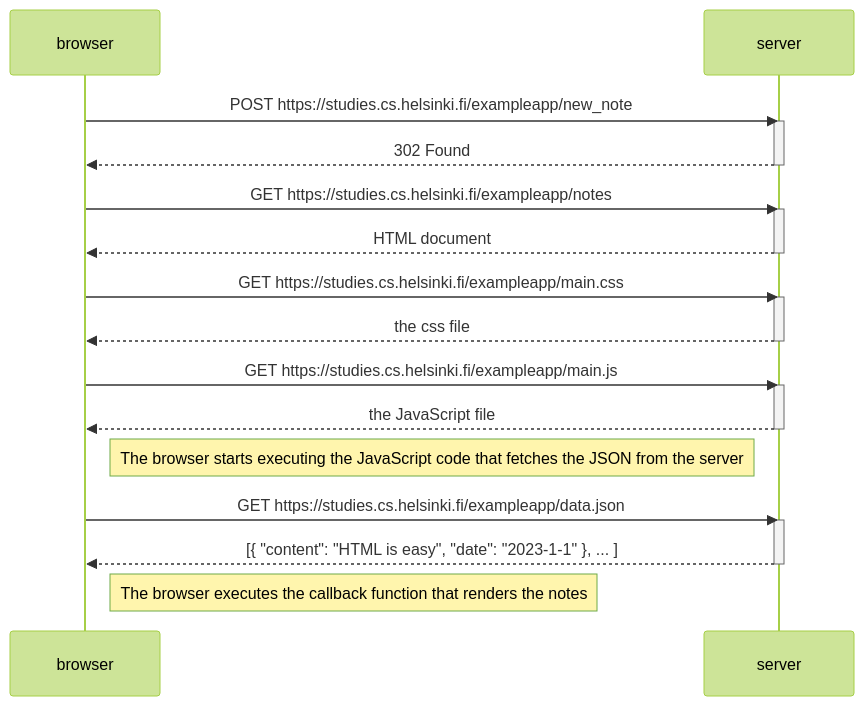
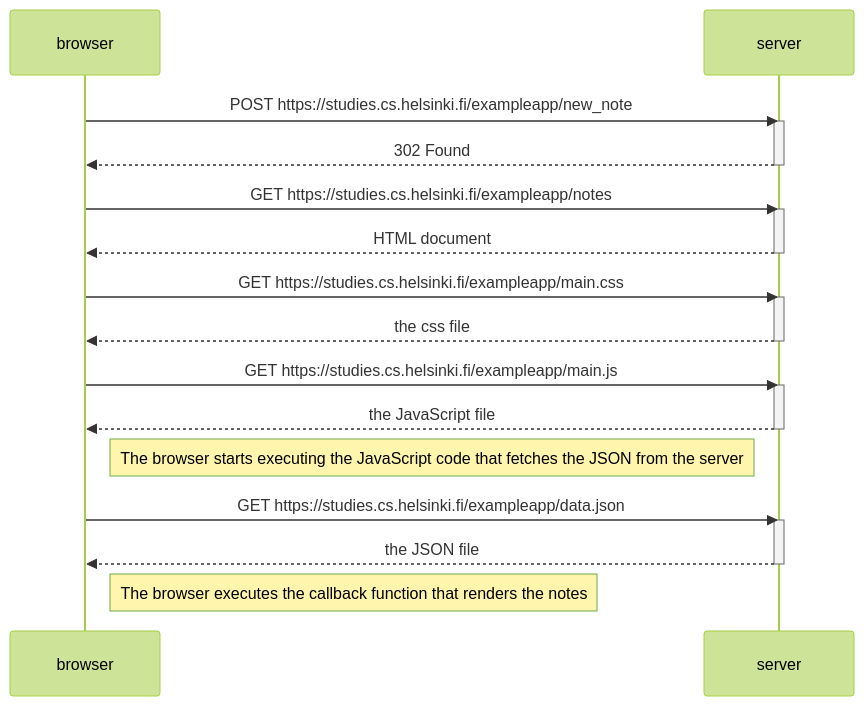
One commit to patricia-van/full-stack-open changed the diagram in part0/0.4_new_note_diagram.md. Above: the diagram before and after it, drawn with Mermaid (forest theme).

Commit message:
update GET /data.json server response

````diff
--- a/part0/0.4_new_note_diagram.md
+++ b/part0/0.4_new_note_diagram.md
@@ -1,34 +1,34 @@
 ```mermaid
 sequenceDiagram
     participant browser
     participant server
 
     browser->>server: POST https://studies.cs.helsinki.fi/exampleapp/new_note
     activate server
     server-->>browser: 302 Found
     deactivate server
 
     browser->>server: GET https://studies.cs.helsinki.fi/exampleapp/notes
     activate server
     server-->>browser: HTML document
     deactivate server
 
     browser->>server: GET https://studies.cs.helsinki.fi/exampleapp/main.css
     activate server
     server-->>browser: the css file
     deactivate server
 
     browser->>server: GET https://studies.cs.helsinki.fi/exampleapp/main.js
     activate server
     server-->>browser: the JavaScript file
     deactivate server
 
     Note right of browser: The browser starts executing the JavaScript code that fetches the JSON from the server
 
     browser->>server: GET https://studies.cs.helsinki.fi/exampleapp/data.json
     activate server
-    server-->>browser: [{ "content": "HTML is easy", "date": "2023-1-1" }, ... ]
+    server-->>browser: the JSON file
     deactivate server
 
     Note right of browser: The browser executes the callback function that renders the notes
 ```
````
